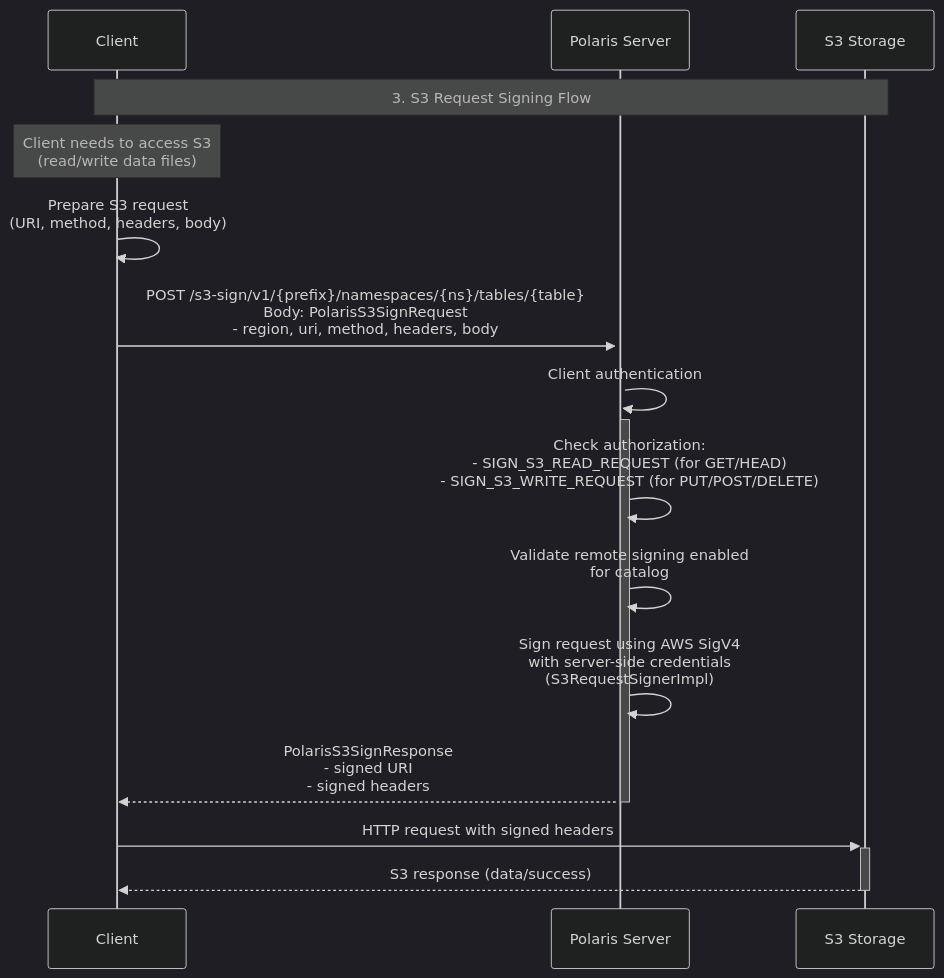
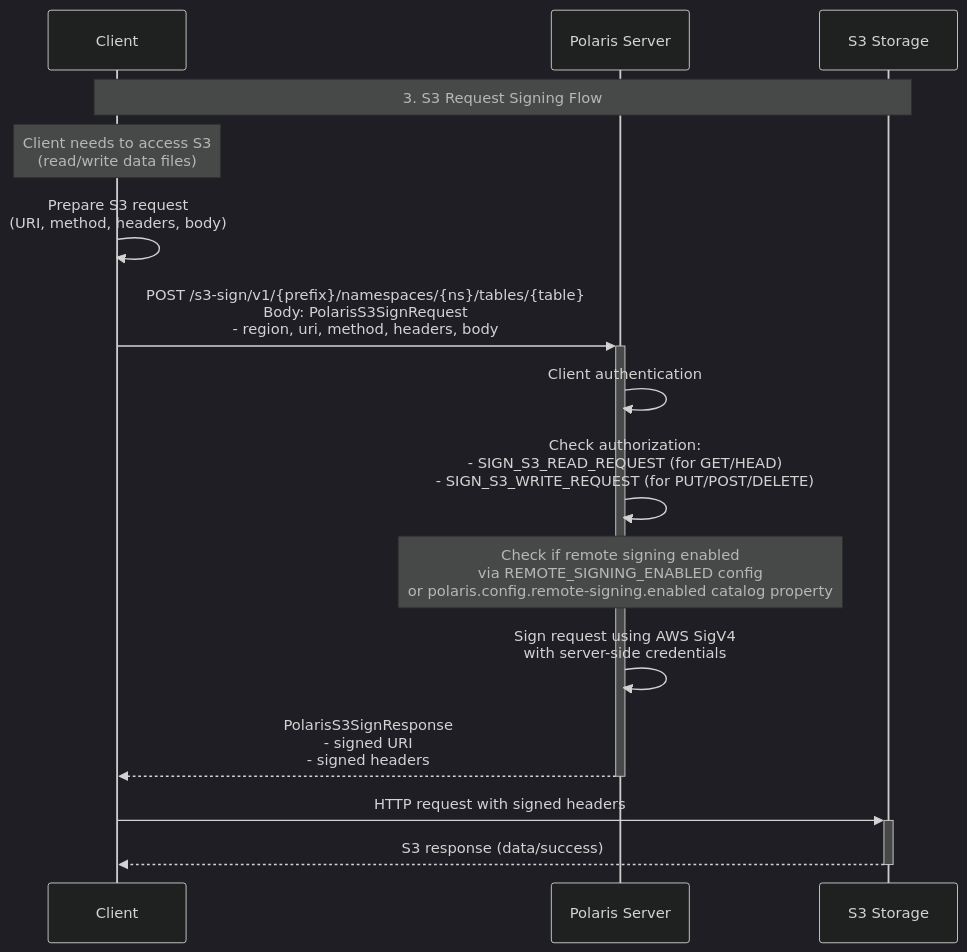
Before and after one commit to adutra/polaris: the third of 4 diagrams in s3-remote-signing-sequence-diagram.md, drawn with Mermaid (dark theme). The commit also changed other lines of this file, not shown here.

Commit message:
sequence diagram

````diff
--- a/s3-remote-signing-sequence-diagram.md
+++ b/s3-remote-signing-sequence-diagram.md
@@ -67,26 +67,26 @@
 ```mermaid
 sequenceDiagram
     participant Client
-    participant SigningService as Polaris Server
+    participant PolarisServer as Polaris Server
     participant S3Storage as S3 Storage
 
     Note over Client, S3Storage: 3. S3 Request Signing Flow
     Note over Client: Client needs to access S3<br/>(read/write data files)
     
     Client->>Client: Prepare S3 request<br/>(URI, method, headers, body)
     
-    Client->>+SigningService: POST /s3-sign/v1/{prefix}/namespaces/{ns}/tables/{table}<br/>Body: PolarisS3SignRequest<br/>- region, uri, method, headers, body
+    Client->>+PolarisServer: POST /s3-sign/v1/{prefix}/namespaces/{ns}/tables/{table}<br/>Body: PolarisS3SignRequest<br/>- region, uri, method, headers, body
     
-    SigningService->>+SigningService: Client authentication
+    PolarisServer->>PolarisServer: Client authentication
     
-    SigningService->>SigningService: Check authorization:<br/>- SIGN_S3_READ_REQUEST (for GET/HEAD)<br/>- SIGN_S3_WRITE_REQUEST (for PUT/POST/DELETE)
+    PolarisServer->>PolarisServer: Check authorization:<br/>- SIGN_S3_READ_REQUEST (for GET/HEAD)<br/>- SIGN_S3_WRITE_REQUEST (for PUT/POST/DELETE)
+
+    Note over PolarisServer: Check if remote signing enabled<br/>via REMOTE_SIGNING_ENABLED config<br/>or polaris.config.remote-signing.enabled catalog property
+
+    PolarisServer->>PolarisServer: Sign request using AWS SigV4<br/>with server-side credentials
     
-    SigningService->>SigningService: Validate remote signing enabled<br/>for catalog
-    
-    SigningService->>SigningService: Sign request using AWS SigV4<br/>with server-side credentials<br/>(S3RequestSignerImpl)
-    
-    SigningService-->>-Client: PolarisS3SignResponse<br/>- signed URI<br/>- signed headers
+    PolarisServer-->>-Client: PolarisS3SignResponse<br/>- signed URI<br/>- signed headers
     
     Client->>+S3Storage: HTTP request with signed headers
     S3Storage-->>-Client: S3 response (data/success)
 ```
````
